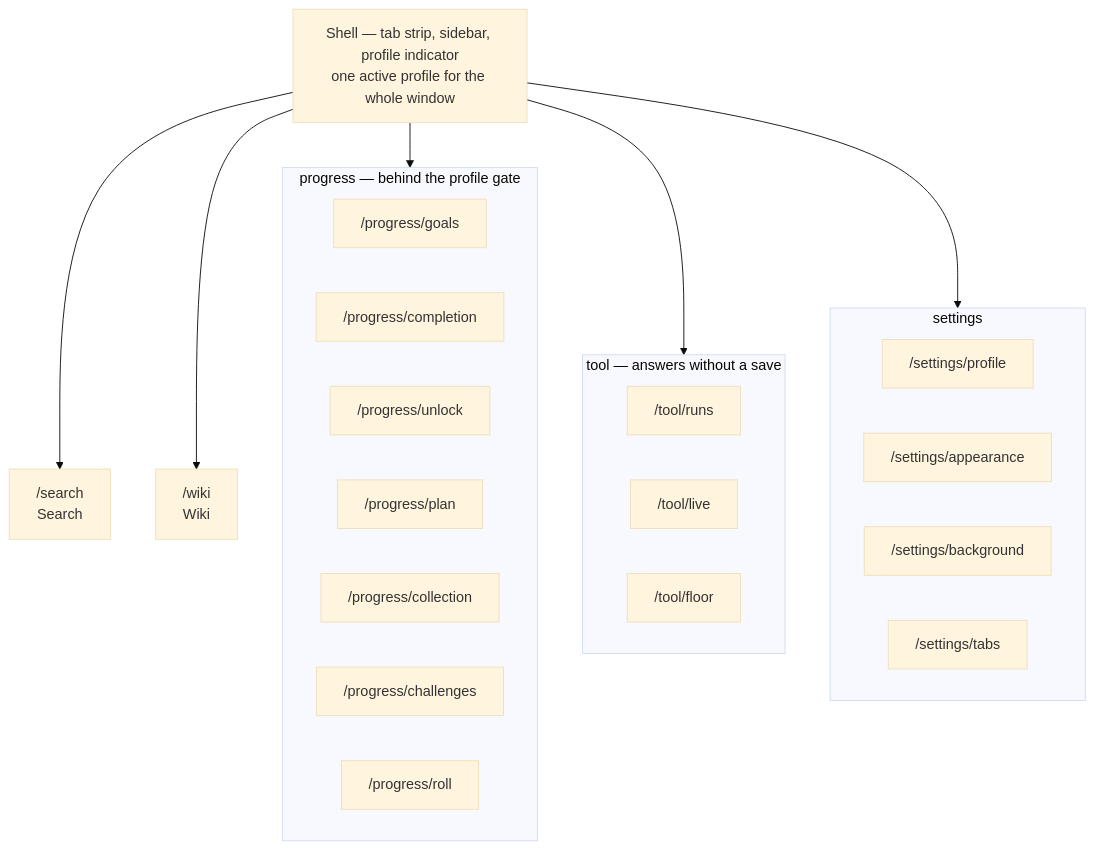
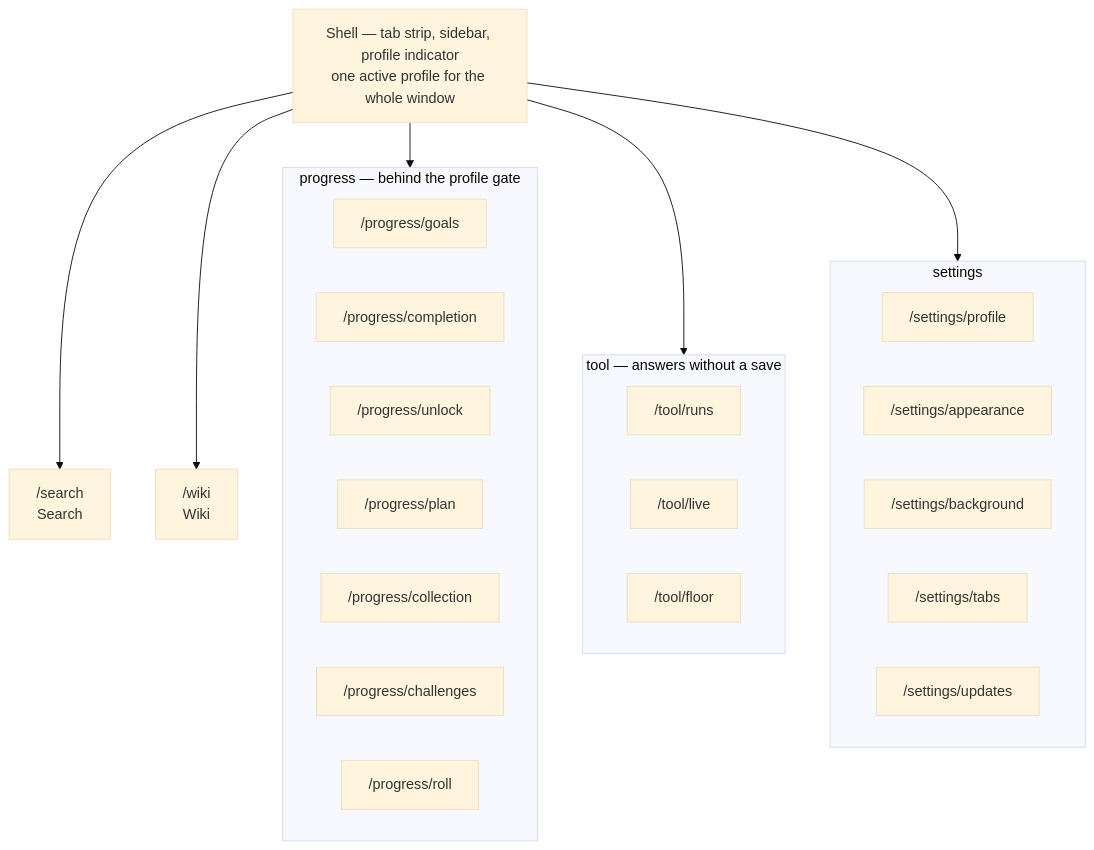
One commit to DomenghiniStefano/isaac-dome changed the third of 4 diagrams in docs/architecture.md. Above: the diagram before and after it, drawn with Mermaid (base theme). The commit also changed other lines of this file and 4 other files, not shown here.

````diff
--- a/docs/architecture.md
+++ b/docs/architecture.md
@@ -228,33 +238,34 @@
 ```mermaid
 flowchart TD
   shell["Shell — tab strip, sidebar, profile indicator<br/>one active profile for the whole window"]
 
   shell --> searchRoute["/search<br/>Search"]
   shell --> progressGroup
   shell --> toolGroup
   shell --> wikiRoute["/wiki<br/>Wiki"]
   shell --> settingsGroup
 
   subgraph progressGroup["progress — behind the profile gate"]
     goals["/progress/goals"]
     completion["/progress/completion"]
     unlock["/progress/unlock"]
     planr["/progress/plan"]
     collection["/progress/collection"]
     challengesr["/progress/challenges"]
     rollr["/progress/roll"]
   end
 
   subgraph toolGroup["tool — answers without a save"]
     runsr["/tool/runs"]
     liver["/tool/live"]
     floorr["/tool/floor"]
   end
 
   subgraph settingsGroup["settings"]
     profiler["/settings/profile"]
     appearance["/settings/appearance"]
     background["/settings/background"]
     tabsr["/settings/tabs"]
+    updatesr["/settings/updates"]
   end
 ```
````
